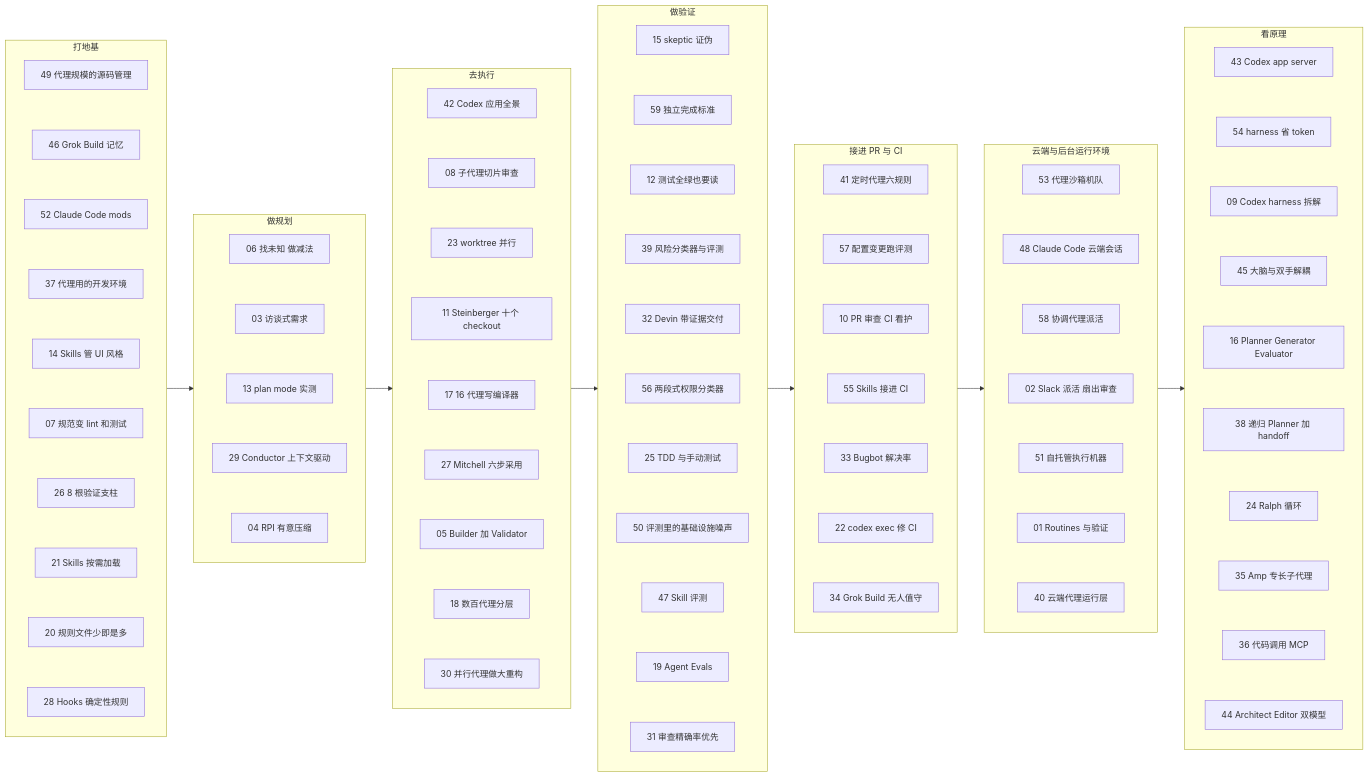
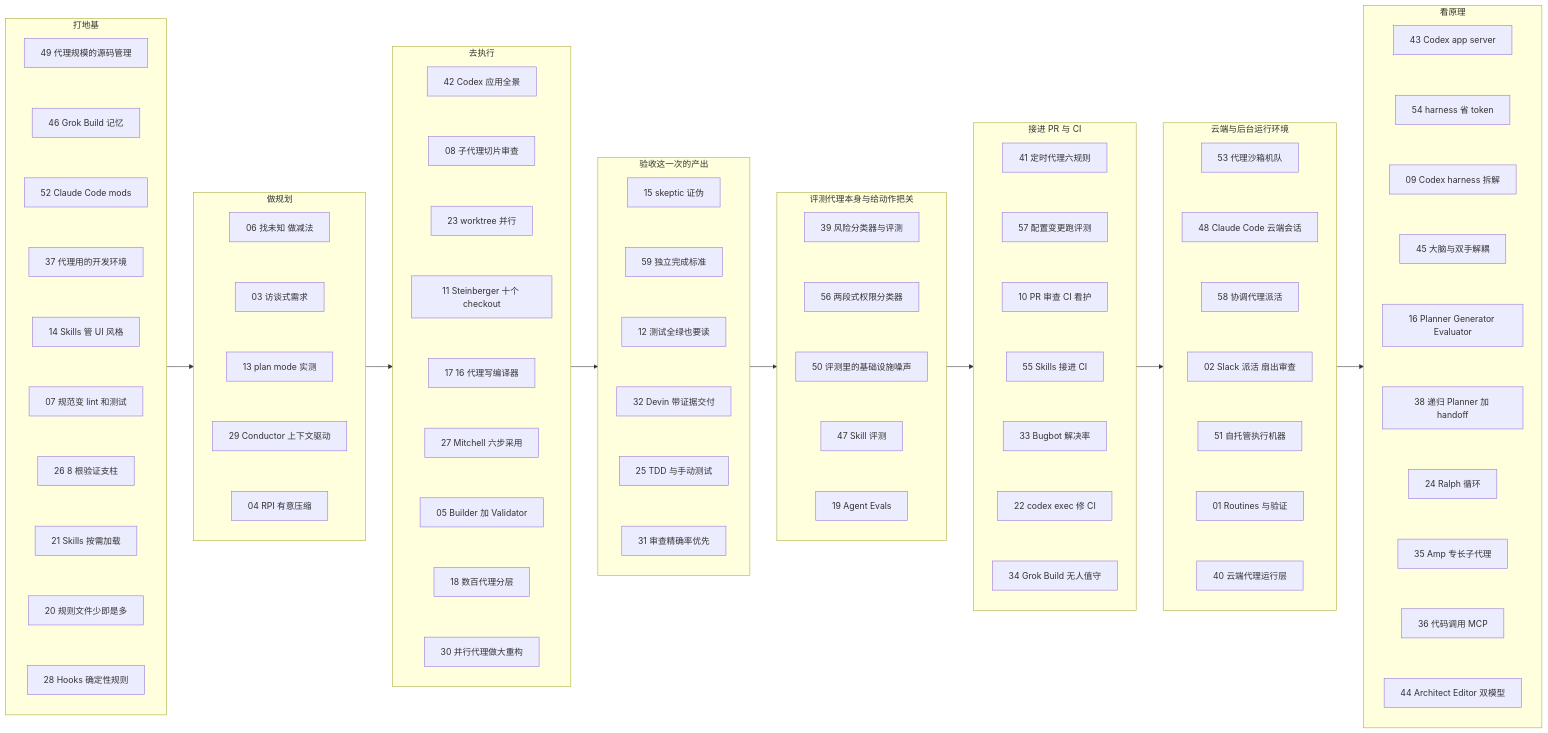
Before and after one commit to yzw7489757/ai-coding-videos: the diagram in docs/index.md, drawn with Mermaid. The commit also changed other lines of this file and 17 other files, not shown here.

Commit message:
拆分“做验证”阶段为“验收这一次的产出”(review) 和“评测代理本身与给动作把关”(evals)，新增两个阶段指南，旧 /guide/verification 改为入口页，同步侧边栏/首页/全部资料/总结/路径/AGENTS.md/changelog

````diff
--- a/docs/index.md
+++ b/docs/index.md
@@ -155,31 +161,33 @@
     A05 ~~~ A18
     A18 ~~~ A30
   end
-  subgraph S4["做验证"]
+  subgraph S4["验收这一次的产出"]
     direction TB
     A15["15 skeptic 证伪"]
     A59["59 独立完成标准"]
     A12["12 测试全绿也要读"]
+    A32["32 Devin 带证据交付"]
+    A25["25 TDD 与手动测试"]
+    A31["31 审查精确率优先"]
+    A15 ~~~ A59
+    A59 ~~~ A12
+    A12 ~~~ A32
+    A32 ~~~ A25
+    A25 ~~~ A31
+  end
+  subgraph S5["评测代理本身与给动作把关"]
+    direction TB
     A39["39 风险分类器与评测"]
-    A32["32 Devin 带证据交付"]
     A56["56 两段式权限分类器"]
-    A25["25 TDD 与手动测试"]
     A50["50 评测里的基础设施噪声"]
     A47["47 Skill 评测"]
     A19["19 Agent Evals"]
-    A31["31 审查精确率优先"]
-    A15 ~~~ A59
-    A59 ~~~ A12
-    A12 ~~~ A39
-    A39 ~~~ A32
-    A32 ~~~ A56
-    A56 ~~~ A25
-    A25 ~~~ A50
+    A39 ~~~ A56
+    A56 ~~~ A50
     A50 ~~~ A47
     A47 ~~~ A19
-    A19 ~~~ A31
   end
-  subgraph S5["接进 PR 与 CI"]
+  subgraph S6["接进 PR 与 CI"]
     direction TB
     A41["41 定时代理六规则"]
     A57["57 配置变更跑评测"]
@@ -195,7 +203,7 @@
     A33 ~~~ A22
     A22 ~~~ A34
   end
-  subgraph S6["云端与后台运行环境"]
+  subgraph S7["云端与后台运行环境"]
     direction TB
     A53["53 代理沙箱机队"]
     A48["48 Claude Code 云端会话"]
@@ -211,7 +219,7 @@
     A51 ~~~ A01
     A01 ~~~ A40
   end
-  subgraph S7["看原理"]
+  subgraph S8["看原理"]
     direction TB
     A43["43 Codex app server"]
     A54["54 harness 省 token"]
@@ -233,5 +241,5 @@
     A35 ~~~ A36
     A36 ~~~ A44
   end
-  S1 --> S2 --> S3 --> S4 --> S5 --> S6 --> S7
+  S1 --> S2 --> S3 --> S4 --> S5 --> S6 --> S7 --> S8
 ```
````
